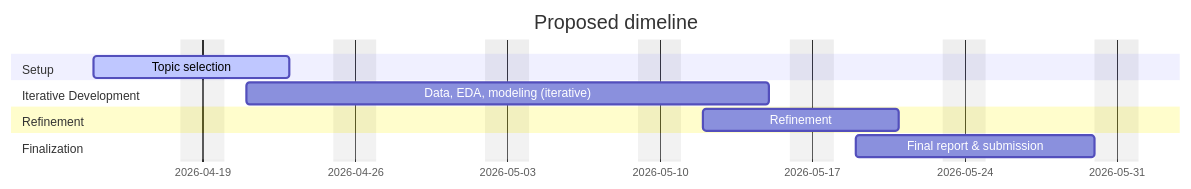
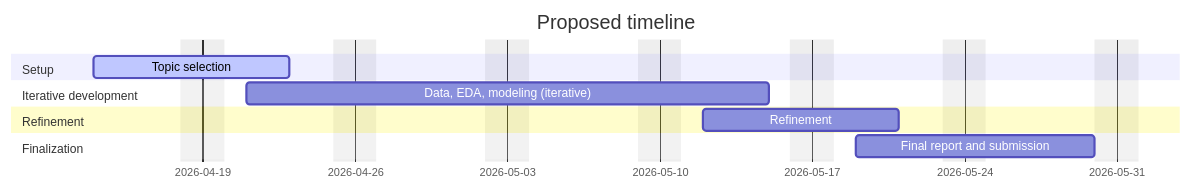
Before and after one commit to fs-ise/analytics-and-big-data: the diagram in group_work.qmd, drawn with Mermaid. The commit also changed other lines of this file and 1 other file, not shown here.

````diff
--- a/group_work.qmd
+++ b/group_work.qmd
@@ -147,18 +154,18 @@
 ```{mermaid}
 gantt
-    title Proposed dimeline
+    title Proposed timeline
     dateFormat  YYYY-MM-DD
     excludes    weekends
 
     section Setup
     Topic selection                  :active, 2026-04-14, 7d
 
-    section Iterative Development
+    section Iterative development
     Data, EDA, modeling (iterative)  : 2026-04-21, 18d
 
     section Refinement
     Refinement                       :2026-05-12, 7d
 
     section Finalization
-    Final report & submission        :2026-05-19, 9d
+    Final report and submission        :2026-05-19, 9d
 ```
````
